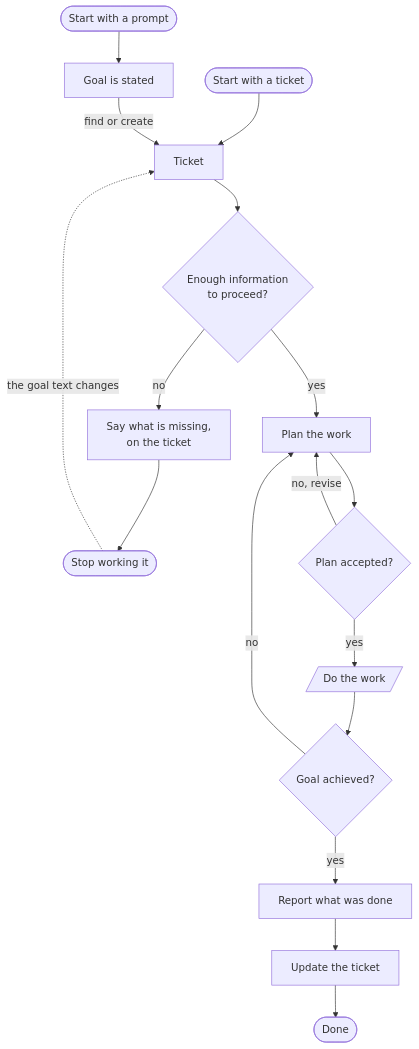
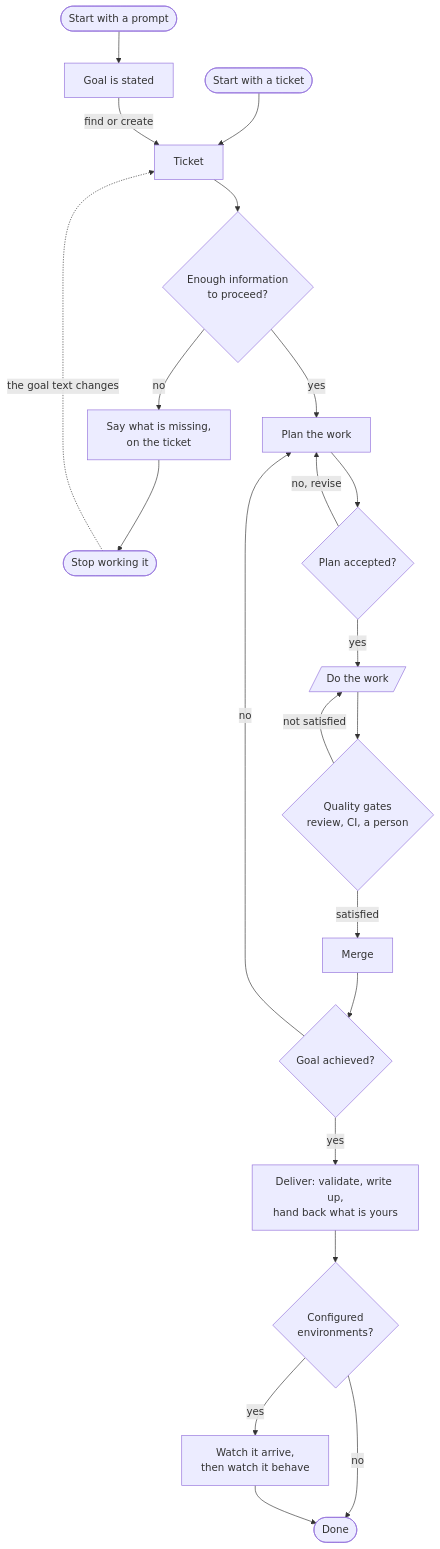
One commit to AdamAwan/LubbDubb changed the diagram in README.md. Above: the diagram before and after it, drawn with Mermaid. The commit also changed other lines of this file and 2 other files, not shown here.

First line of the commit message:
Rewrite the README around what the harness does today

````diff
--- a/README.md
+++ b/README.md
@@ -38,19 +122,24 @@
 ```mermaid
 flowchart TD
     P([Start with a prompt]) --> G[Goal is stated]
     T([Start with a ticket]) --> TK
     G -- find or create --> TK[Ticket]
     TK --> V{Enough information<br/>to proceed?}
     V -- no --> AL[Say what is missing,<br/>on the ticket]
     AL --> UW([Stop working it])
     UW -. the goal text changes .-> TK
     V -- yes --> PL[Plan the work]
     PL --> AP{Plan accepted?}
     AP -- no, revise --> PL
     AP -- yes --> WK[/Do the work/]
-    WK --> GC{Goal achieved?}
+    WK --> QG{Quality gates<br/>review, CI, a person}
+    QG -- not satisfied --> WK
+    QG -- satisfied --> M[Merge]
+    M --> GC{Goal achieved?}
     GC -- no --> PL
-    GC -- yes --> RP[Report what was done]
-    RP --> UP[Update the ticket]
-    UP --> D([Done])
+    GC -- yes --> DV[Deliver: validate, write up,<br/>hand back what is yours]
+    DV --> AR{Configured<br/>environments?}
+    AR -- yes --> EN[Watch it arrive,<br/>then watch it behave]
+    AR -- no --> D
+    EN --> D([Done])
 ```
````
